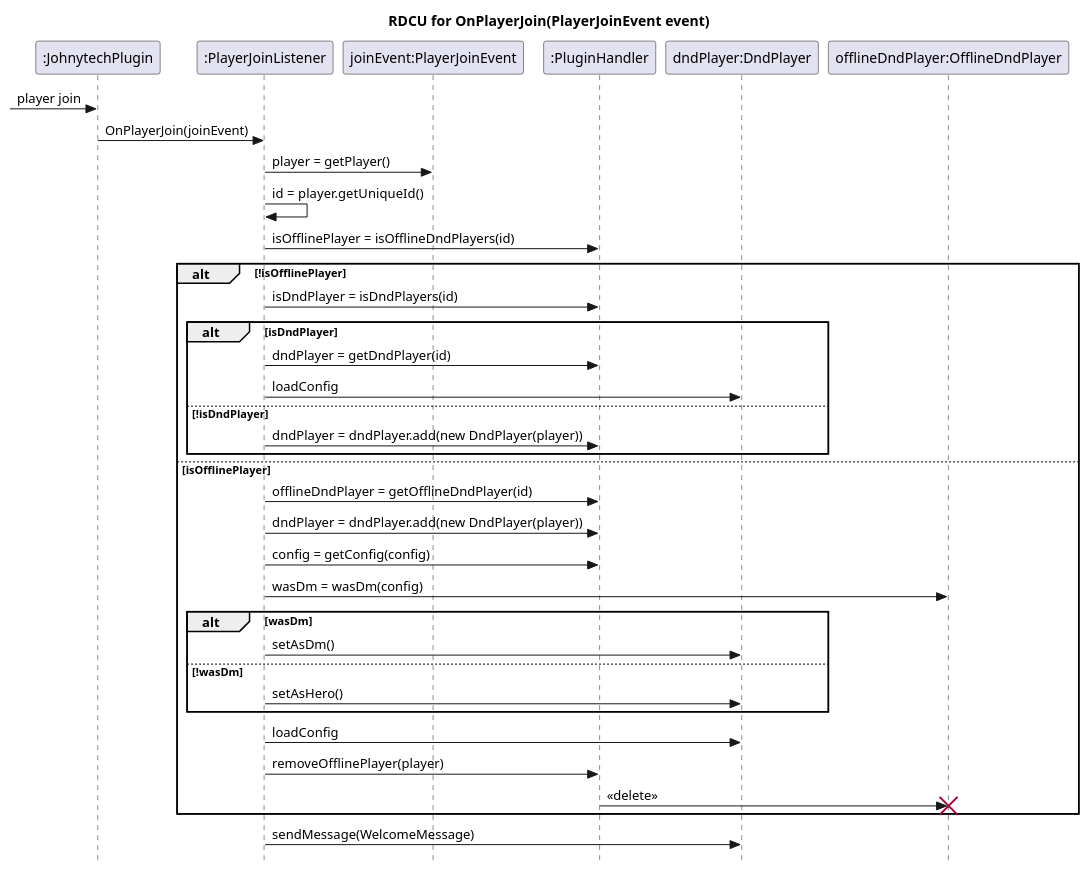
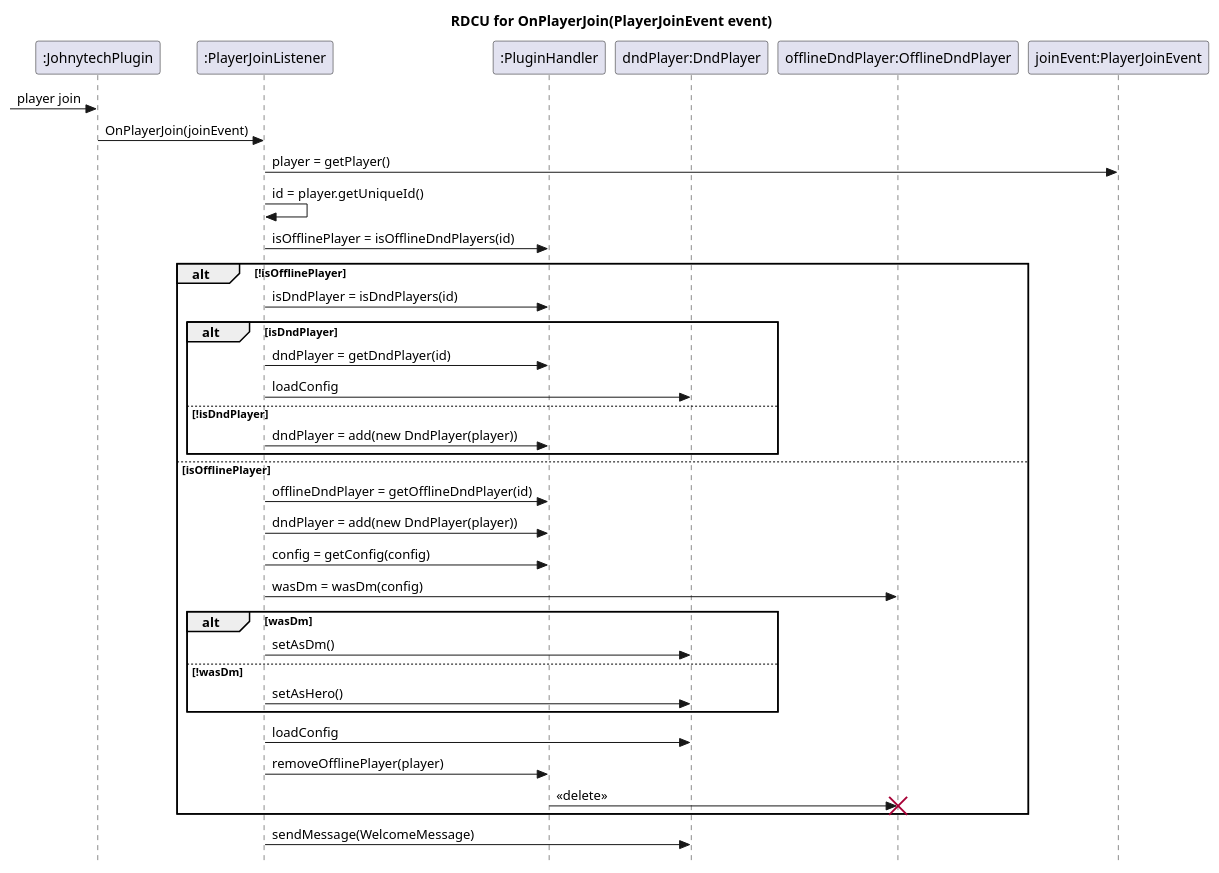
One commit to Jean-Lamarre/Johnytech6s_Plugin changed the diagram in docs/Model/rdcu-OnPlayerJoin.plantuml. Above: the diagram before and after it, drawn with PlantUML. The commit also changed 16 other files, not shown here.

Commit message:
update before transform dndPlayer

```diff
--- a/docs/Model/rdcu-OnPlayerJoin.plantuml
+++ b/docs/Model/rdcu-OnPlayerJoin.plantuml
@@ -1,48 +1,48 @@
 @startuml
 skinparam style strictuml
 skinparam defaultfontname Verdana
 title RDCU for OnPlayerJoin(PlayerJoinEvent event)
 
 participant ":JohnytechPlugin" as jtp
 participant ":PlayerJoinListener" as pjl
-participant "joinEvent:PlayerJoinEvent" as je 
 participant ":PluginHandler" as ph 
 participant "dndPlayer:DndPlayer" as dndP
 participant "offlineDndPlayer:OfflineDndPlayer" as OdndP
+participant "joinEvent:PlayerJoinEvent" as je 
 
 -> jtp : player join
 
 jtp -> pjl : OnPlayerJoin(joinEvent)
 pjl -> je : player = getPlayer()
 pjl -> pjl : id = player.getUniqueId()
 
 pjl -> ph : isOfflinePlayer = isOfflineDndPlayers(id)
 
 alt !isOfflinePlayer
     pjl -> ph : isDndPlayer = isDndPlayers(id)
     alt isDndPlayer
         pjl -> ph : dndPlayer = getDndPlayer(id)
         pjl -> dndP : loadConfig
     else !isDndPlayer
-        pjl -> ph : dndPlayer = dndPlayer.add(new DndPlayer(player))
+        pjl -> ph : dndPlayer = add(new DndPlayer(player))
     end
 
 else isOfflinePlayer
 pjl -> ph : offlineDndPlayer = getOfflineDndPlayer(id)
-pjl -> ph : dndPlayer = dndPlayer.add(new DndPlayer(player))
+pjl -> ph : dndPlayer = add(new DndPlayer(player))
 pjl -> ph : config = getConfig(config)
 pjl -> OdndP : wasDm = wasDm(config)
 alt wasDm
     pjl -> dndP : setAsDm()
 else !wasDm
     pjl -> dndP : setAsHero()
 end
 pjl -> dndP : loadConfig
 pjl -> ph : removeOfflinePlayer(player)
 ph -> OdndP !! : <<delete>>
 end
 
 pjl -> dndP : sendMessage(WelcomeMessage)
 
 
 @enduml
```
